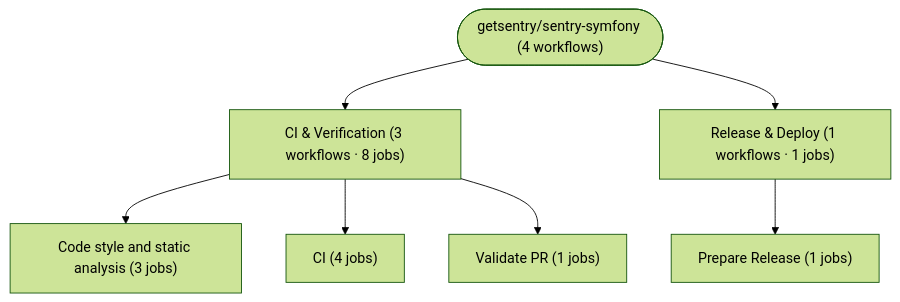
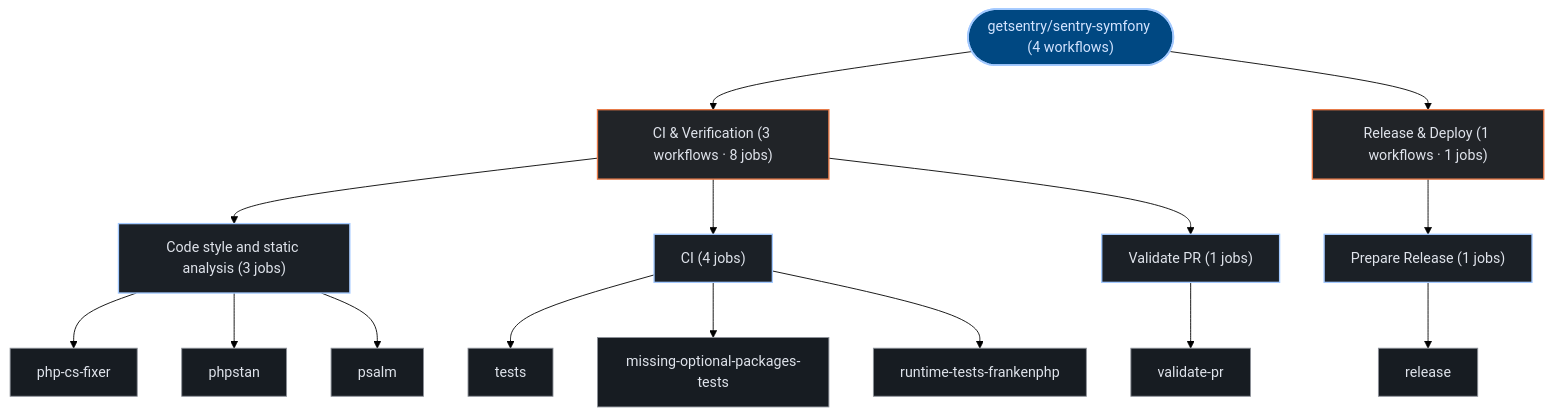
One commit to kumarshaz/atruss-code-atlas changed the third of 3 diagrams in exports/latest/reports/getsentry-sentry-symfony-report.md. Above: the diagram before and after it, drawn with Mermaid (forest theme). The commit also changed other lines of this file and 331 other files, not shown here.

Commit message:
docs,ui,fix: update SDLC docs, reorder CI/CD DAG first, stylize Mermaid, and fix Arc42 pipeline topology

````diff
--- a/exports/latest/reports/getsentry-sentry-symfony-report.md
+++ b/exports/latest/reports/getsentry-sentry-symfony-report.md
@@ -232,16 +243,39 @@
 ```mermaid
 graph TD;
-  pipeline_root(["getsentry/sentry-symfony (4 workflows)"])
-  grp_0_CI___Verification["CI & Verification (3 workflows · 8 jobs)"]
+  classDef atlasRoot fill:#004882,stroke:#a3c9ff,stroke-width:2px,color:#d3e4ff
+  classDef atlasCategory fill:#212428,stroke:#E87A48,stroke-width:1.5px,color:#dfe3eb
+  classDef atlasWorkflow fill:#1b2026,stroke:#a3c9ff,stroke-width:1.5px,color:#dfe3eb
+  classDef atlasJob fill:#171c22,stroke:#8d9199,stroke-width:1px,color:#dfe3eb
+  classDef atlasTarget fill:#005227,stroke:#8bd99b,stroke-width:1.5px,color:#a7f6b6
+  classDef atlasAlert fill:#93000a,stroke:#ffb4ab,stroke-width:1.5px,color:#ffdad6
+  classDef atlasMore fill:#252a31,stroke:#8d9199,stroke-dasharray:4 4,color:#c3c6cf
+  pipeline_root(["getsentry/sentry-symfony (4 workflows)"]):::atlasRoot
+  grp_0_CI___Verification["CI & Verification (3 workflows · 8 jobs)"]:::atlasCategory
   pipeline_root --> grp_0_CI___Verification
-  wf_1_Code_style_and_static_analysis["Code style and static analysis (3 jobs)"]
+  wf_1_Code_style_and_static_analysis["Code style and static analysis (3 jobs)"]:::atlasWorkflow
   grp_0_CI___Verification --> wf_1_Code_style_and_static_analysis
-  wf_2_CI["CI (4 jobs)"]
+  job_1_php_cs_fixer["php-cs-fixer"]:::atlasJob
+  job_1_phpstan["phpstan"]:::atlasJob
+  job_1_psalm["psalm"]:::atlasJob
+  wf_1_Code_style_and_static_analysis --> job_1_php_cs_fixer
+  wf_1_Code_style_and_static_analysis --> job_1_phpstan
+  wf_1_Code_style_and_static_analysis --> job_1_psalm
+  wf_2_CI["CI (4 jobs)"]:::atlasWorkflow
   grp_0_CI___Verification --> wf_2_CI
-  wf_3_Validate_PR["Validate PR (1 jobs)"]
+  job_2_tests["tests"]:::atlasJob
+  job_2_missing_optional_packages_tests["missing-optional-packages-tests"]:::atlasJob
+  job_2_runtime_tests_frankenphp["runtime-tests-frankenphp"]:::atlasJob
+  wf_2_CI --> job_2_tests
+  wf_2_CI --> job_2_missing_optional_packages_tests
+  wf_2_CI --> job_2_runtime_tests_frankenphp
+  wf_3_Validate_PR["Validate PR (1 jobs)"]:::atlasWorkflow
   grp_0_CI___Verification --> wf_3_Validate_PR
-  grp_1_Release___Deploy["Release & Deploy (1 workflows · 1 jobs)"]
+  job_3_validate_pr["validate-pr"]:::atlasJob
+  wf_3_Validate_PR --> job_3_validate_pr
+  grp_1_Release___Deploy["Release & Deploy (1 workflows · 1 jobs)"]:::atlasCategory
   pipeline_root --> grp_1_Release___Deploy
-  wf_0_Prepare_Release["Prepare Release (1 jobs)"]
+  wf_0_Prepare_Release["Prepare Release (1 jobs)"]:::atlasWorkflow
   grp_1_Release___Deploy --> wf_0_Prepare_Release
+  job_0_release["release"]:::atlasJob
+  wf_0_Prepare_Release --> job_0_release
 ```
````
